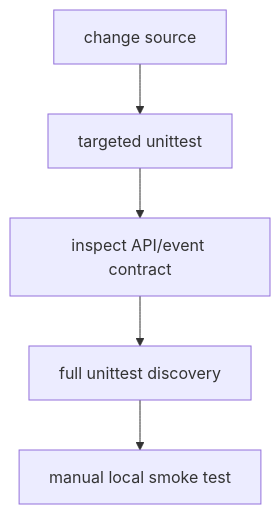
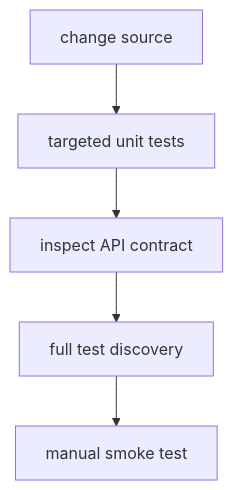
One commit to shantan1213/voice-pilot changed the diagram in docs/18-development-and-extension-guide.md. Above: the diagram before and after it, drawn with Mermaid. The commit also changed 8 other files, not shown here.

Commit message:
Normalize all Mermaid diagrams for GitHub

````diff
--- a/docs/18-development-and-extension-guide.md
+++ b/docs/18-development-and-extension-guide.md
@@ -13,7 +13,7 @@
 ```mermaid
 flowchart TD
-  C[change source] --> T[targeted unittest]
-  T --> I[inspect API/event contract]
-  I --> F[full unittest discovery]
-  F --> R[manual local smoke test]
+  C[change source] --> T[targeted unit tests]
+  T --> I[inspect API contract]
+  I --> F[full test discovery]
+  F --> R[manual smoke test]
 ```
````
